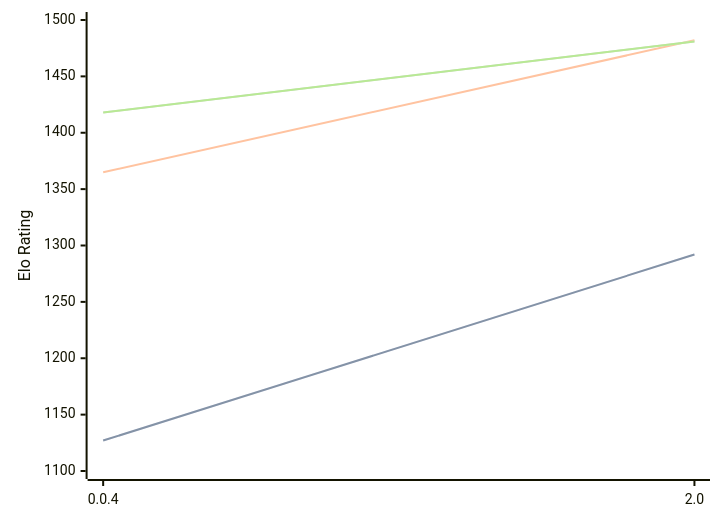
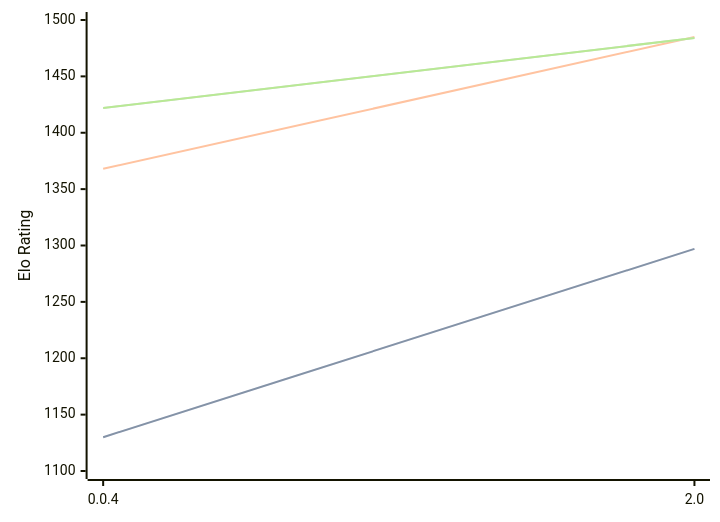
One commit to computer-chess-index/cci changed the diagram in engines/Oops!Mate.md. Above: the diagram before and after it, drawn with Mermaid. The commit also changed other lines of this file, not shown here.

Commit message:
Update CCI Ratings (ELO VLTC) - 2026-05-02

````diff
--- a/engines/Oops!Mate.md
+++ b/engines/Oops!Mate.md
@@ -51,11 +51,11 @@
 ```mermaid
 %%{init: {"theme":"base","themeVariables":{"seriesColors:['#a3a3a3','#222221','#faa371']}}}%%
 xychart-beta
   x-axis ["0.0.4", "2.0"]
   y-axis "Elo Rating" 1100 --> 1500
-  line "STC (8.0+0.08s)" [1127, 1292]
-  line "STC (8.0+0.08s)" [1127, 1292]
-  line "LTC (60.0+0.60s)" [1365, 1482]
-  line "VLTC (2m24s+1.12s)" [1418, 1481]
-  line "VLTC (2m24s+1.12s)" [1418, 1481]
+  line "STC (8.0+0.08s)" [1130, 1297]
+  line "STC (8.0+0.08s)" [1130, 1297]
+  line "LTC (60.0+0.60s)" [1368, 1485]
+  line "VLTC (2m24s+1.12s)" [1422, 1484]
+  line "VLTC (2m24s+1.12s)" [1422, 1484]
 ```
````
